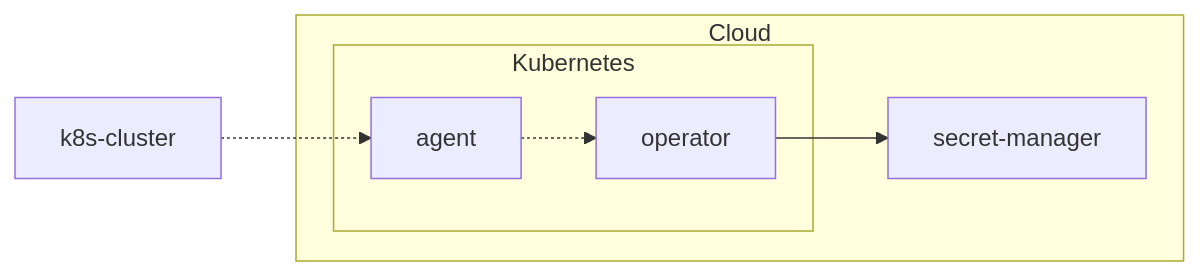
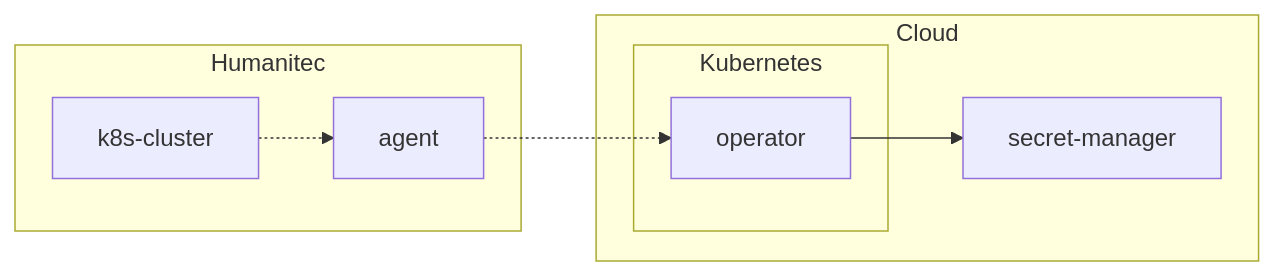
Before and after one commit to Humanitec-DemoOrg/humanitec-workshop: the diagram in platform.md, drawn with Mermaid. The commit also changed other lines of this file and 4 other files, not shown here.

````diff
--- a/platform.md
+++ b/platform.md
@@ -14,11 +14,13 @@
 ```mermaid
 flowchart LR
   direction LR
-  k8s-cluster-.->agent
+  subgraph Humanitec
+    k8s-cluster-.->agent
+  end
   subgraph Cloud
     subgraph Kubernetes
       agent-.->operator
     end
     operator-->secret-manager
   end
 ```
````
